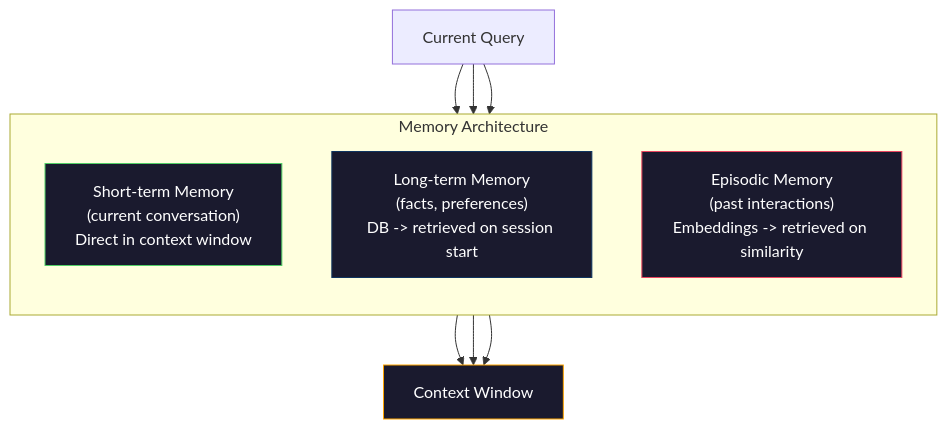
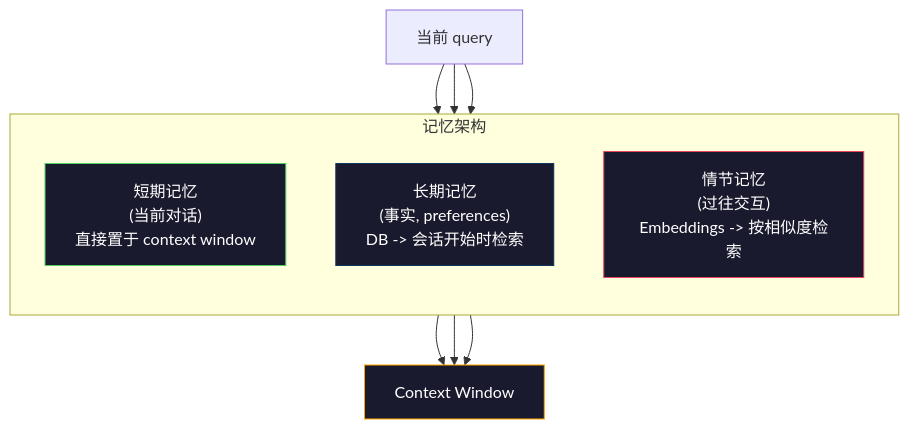
One commit to JerryC8080/ai-engineering-from-scratch-zh changed the third of 3 diagrams in phases/11-llm-engineering/05-context-engineering/docs/zh.md. Above: the diagram before and after it, drawn with Mermaid. The commit also changed other lines of this file and 156 other files, not shown here.

First line of the commit message:
i18n(zh): translate mermaid diagram labels in 157 lesson zh.md

````diff
--- a/phases/11-llm-engineering/05-context-engineering/docs/zh.md
+++ b/phases/11-llm-engineering/05-context-engineering/docs/zh.md
@@ -126,22 +126,22 @@
 ```mermaid
 graph TD
-    subgraph Memory["Memory Architecture"]
+    subgraph Memory["记忆架构"]
         direction TB
-        STM["Short-term Memory\n(current conversation)\nDirect in context window"]
-        LTM["Long-term Memory\n(facts, preferences)\nDB -> retrieved on session start"]
-        EM["Episodic Memory\n(past interactions)\nEmbeddings -> retrieved on similarity"]
+        STM["短期记忆\n(当前对话)\n直接置于 context window"]
+        LTM["长期记忆\n(事实, preferences)\nDB -> 会话开始时检索"]
+        EM["情节记忆\n(过往交互)\nEmbeddings -> 按相似度检索"]
     end
 
-    Q["Current Query"] --> STM
+    Q["当前 query"] --> STM
     Q --> LTM
     Q --> EM
 
     STM --> CW["Context Window"]
     LTM --> CW
     EM --> CW
 
     style STM fill:#1a1a2e,stroke:#51cf66,color:#fff
     style LTM fill:#1a1a2e,stroke:#0f3460,color:#fff
     style EM fill:#1a1a2e,stroke:#e94560,color:#fff
     style CW fill:#1a1a2e,stroke:#ffa500,color:#fff
 ```
````
